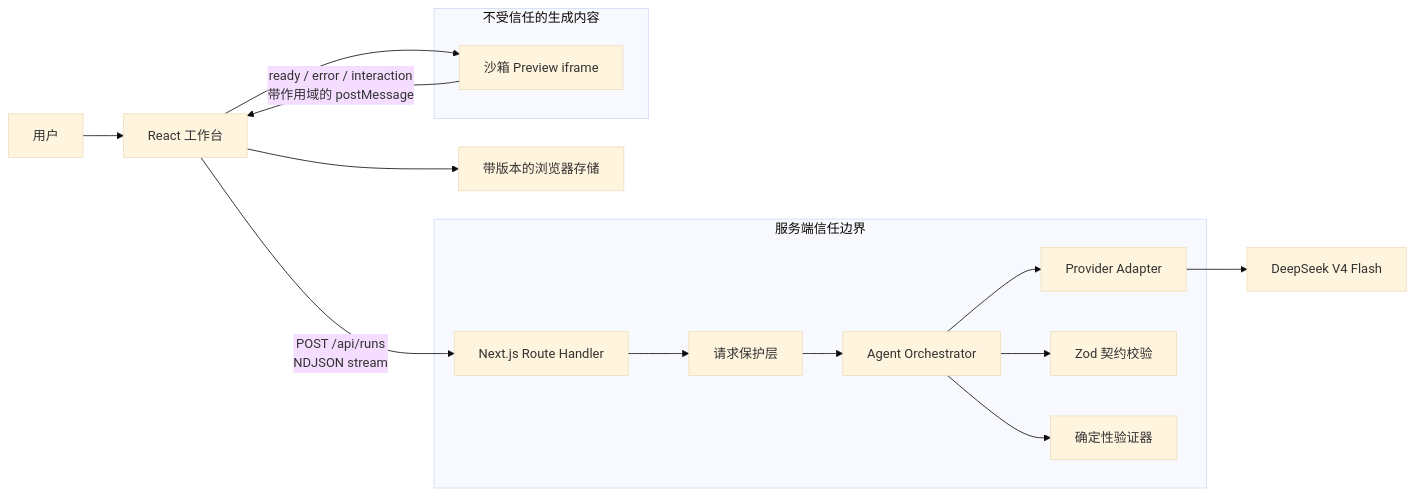
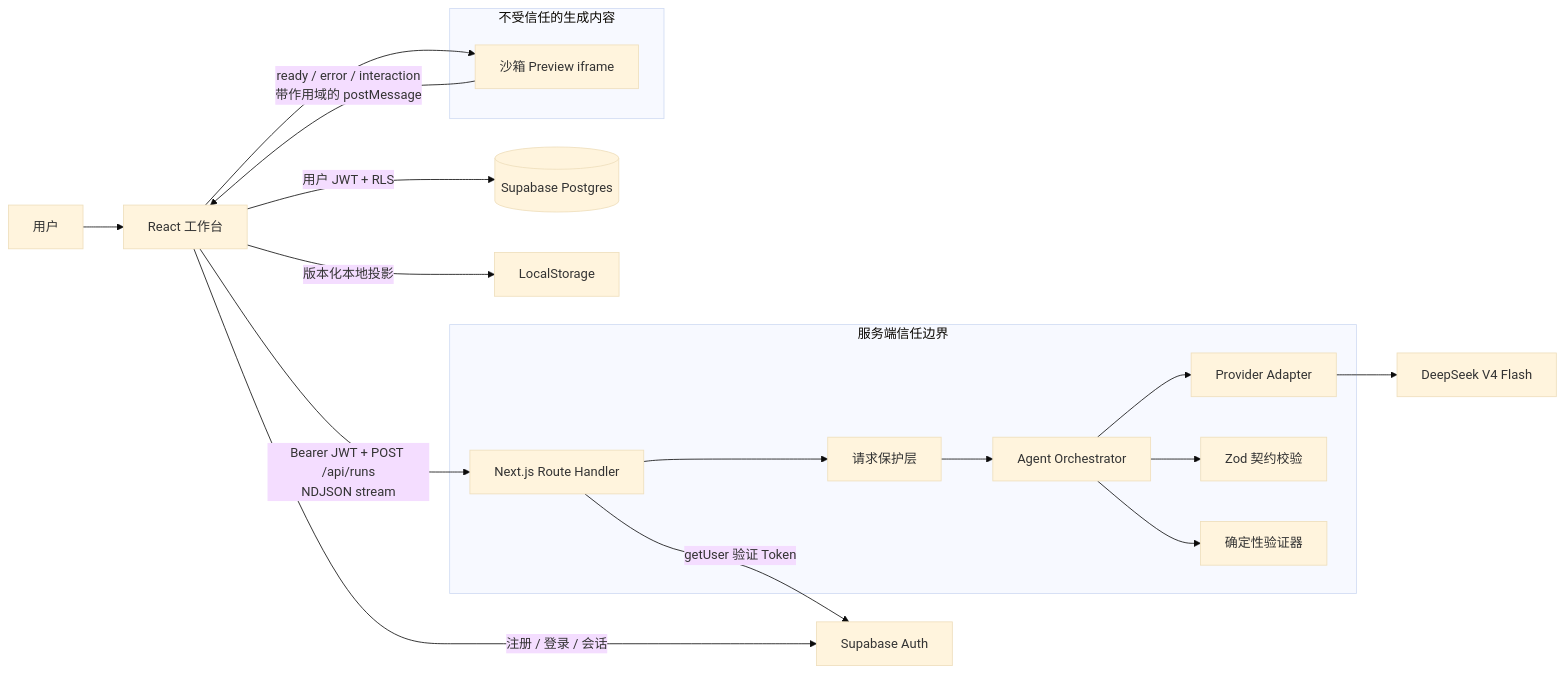
Before and after one commit to DavidsonPang/buildtrace-atoms-demo: the diagram in docs/technical-design.md, drawn with Mermaid (base theme). The commit also changed other lines of this file and 5 other files, not shown here.

````diff
--- a/docs/technical-design.md
+++ b/docs/technical-design.md
@@ -56,27 +58,30 @@
 ```mermaid
 flowchart LR
     U[用户] --> W[React 工作台]
-    W -->|POST /api/runs<br/>NDJSON stream| R[Next.js Route Handler]
+    W -->|注册 / 登录 / 会话| A[Supabase Auth]
+    W -->|用户 JWT + RLS| D[(Supabase Postgres)]
+    W -->|版本化本地投影| S[LocalStorage]
+    W -->|Bearer JWT + POST /api/runs<br/>NDJSON stream| R[Next.js Route Handler]
+    R -->|getUser 验证 Token| A
     R --> G[请求保护层]
     G --> O[Agent Orchestrator]
     O --> P[Provider Adapter]
     P --> L[DeepSeek V4 Flash]
     O --> Z[Zod 契约校验]
     O --> V[确定性验证器]
-    W --> S[带版本的浏览器存储]
     W --> F[沙箱 Preview iframe]
     F -->|ready / error / interaction<br/>带作用域的 postMessage| W
 
     subgraph 服务端信任边界
       R
       G
       O
       P
       Z
       V
     end
 
     subgraph 不受信任的生成内容
       F
     end
 ```
````
